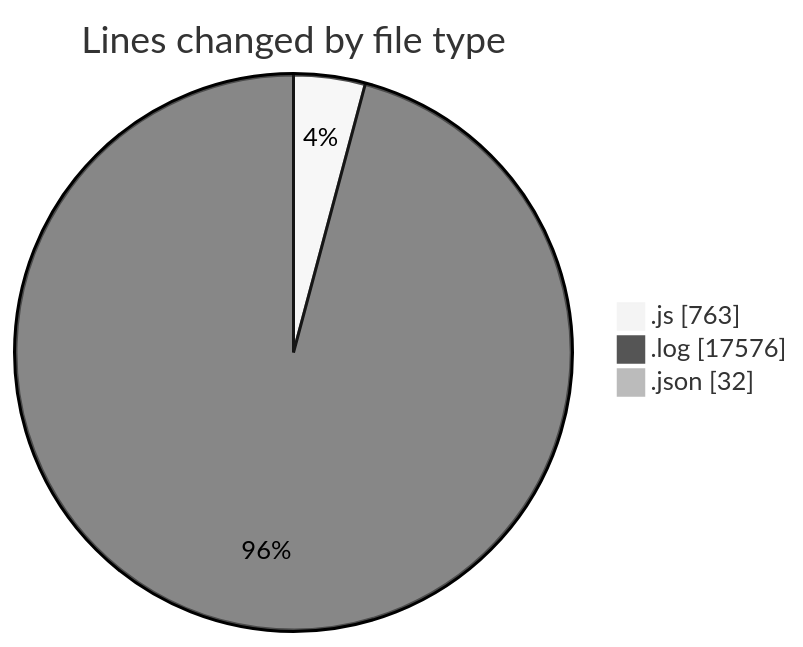
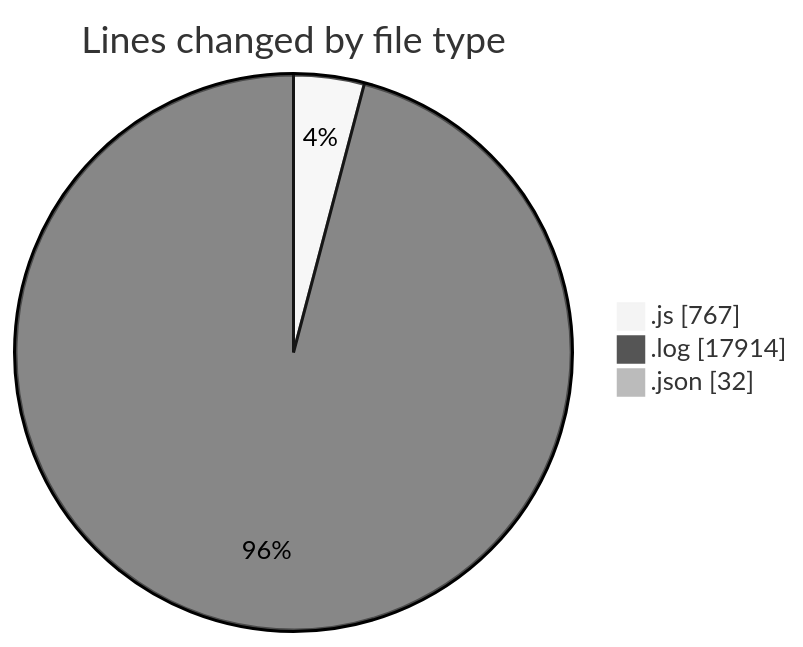
The first of 2 diagrams in 2025-04-15/nxtqube_webapp/README.md (nxtqubesakshisongat/code-tracking), drawn with Mermaid (neutral theme) before and after one commit. The commit also changed other lines of this file and 1 other file, not shown here.

````diff
--- a/2025-04-15/nxtqube_webapp/README.md
+++ b/2025-04-15/nxtqube_webapp/README.md
@@ -34,7 +35,7 @@
 ```mermaid
 pie showData
 title Lines changed by file type
-".js" : 763
-".log" : 17576
+".js" : 767
+".log" : 17914
 ".json" : 32
 ```
````
